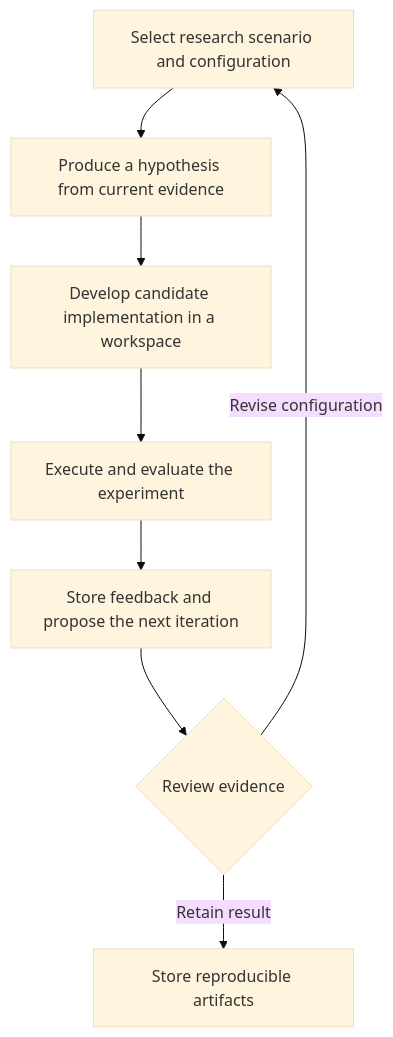
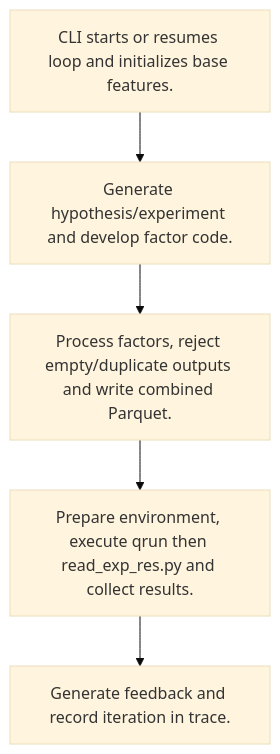
Before and after one commit to alexcwyu/RD-Agent: the third of 4 diagrams in docs/ayu-develop.md, drawn with Mermaid (base theme). The commit also changed other lines of this file and 7 other files, not shown here.

Commit message:
docs: standardize source-reviewed system guides and offline diagrams

````diff
--- a/docs/ayu-develop.md
+++ b/docs/ayu-develop.md
@@ -71,12 +153,12 @@
 ```mermaid
 flowchart TD
-    W0["Select research scenario and configuration"]
-    W1["Produce a hypothesis from current evidence"]
-    W2["Develop candidate implementation in a workspace"]
-    W3["Execute and evaluate the experiment"]
-    W4["Store feedback and propose the next iteration"]
-    W0 --> W1 --> W2 --> W3 --> W4
-    W4 --> R{"Review evidence"}
-    R -->|Revise configuration| W0
-    R -->|Retain result| A["Store reproducible artifacts"]
+  W0["CLI starts or resumes loop and initializes base features."]
+  W1["Generate hypothesis/experiment and develop factor code."]
+  W0 --> W1
+  W2["Process factors, reject empty/duplicate outputs and write combined Parquet."]
+  W1 --> W2
+  W3["Prepare environment, execute qrun then read_exp_res.py and collect results."]
+  W2 --> W3
+  W4["Generate feedback and record iteration in trace."]
+  W3 --> W4
 ```
````
